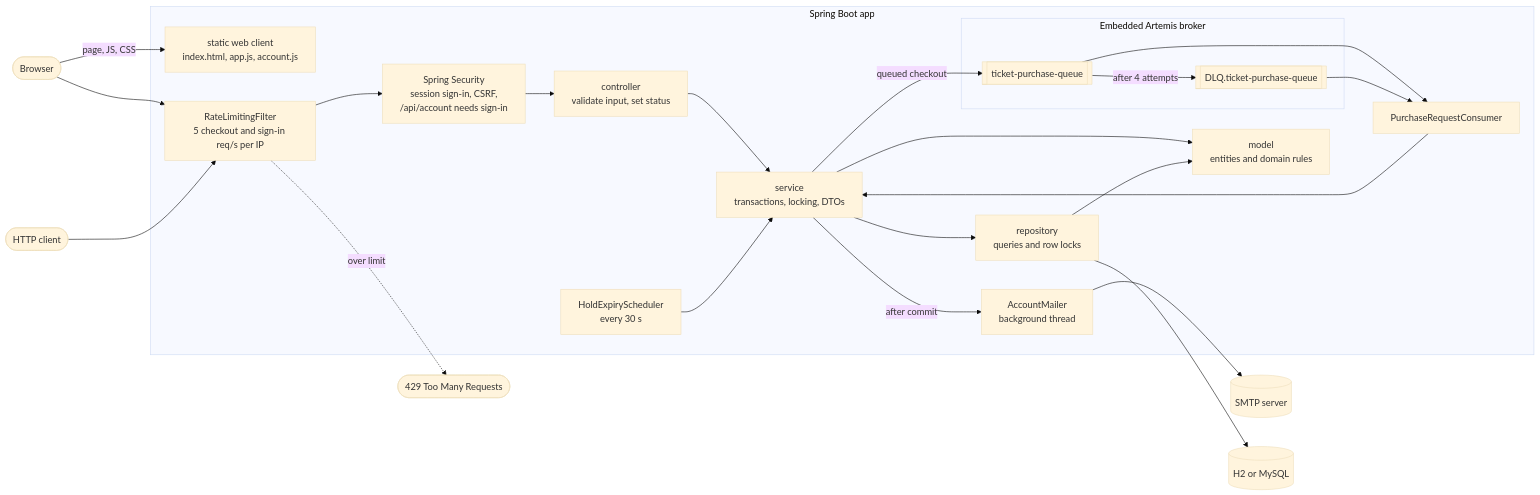
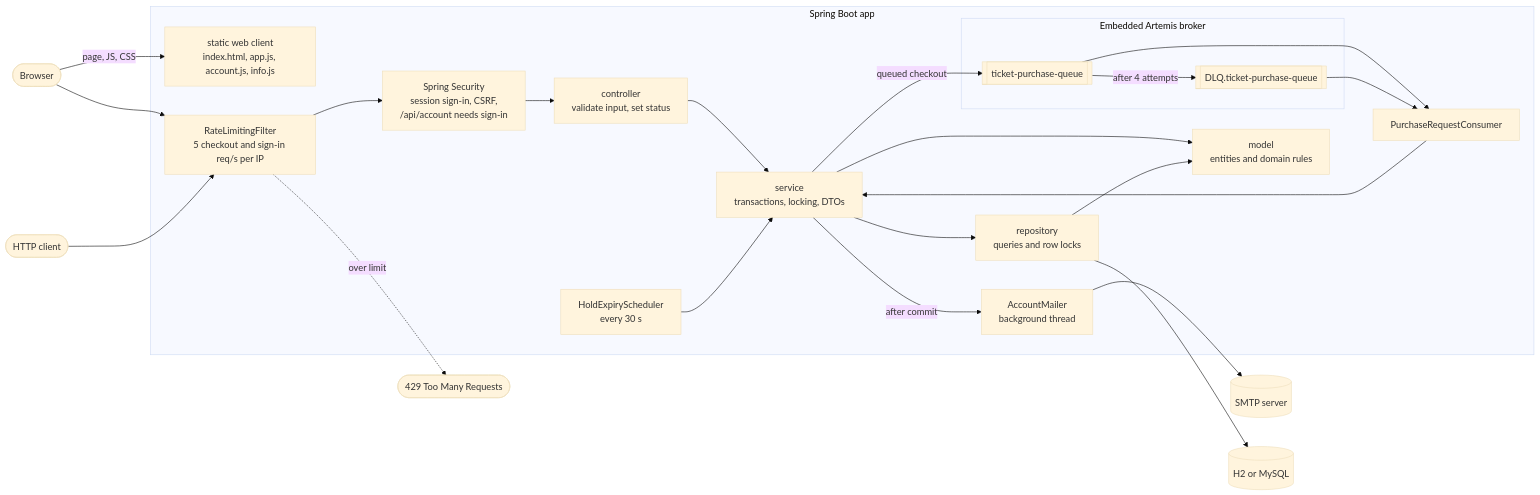
Before and after one commit to mohanarevarapu-commits/SeatLock: the first of 6 diagrams in docs/ARCHITECTURE.md, drawn with Mermaid (base theme). The commit also changed other lines of this file and 19 other files, not shown here.

````diff
--- a/docs/ARCHITECTURE.md
+++ b/docs/ARCHITECTURE.md
@@ -8,29 +8,29 @@
 ```mermaid
 flowchart LR
     browser([Browser]) -- page, JS, CSS --> web
     browser --> limiter
     client([HTTP client]) --> limiter
     subgraph app [Spring Boot app]
-        web[static web client<br/>index.html, app.js, account.js]
+        web[static web client<br/>index.html, app.js, account.js, info.js]
         limiter[RateLimitingFilter<br/>5 checkout and sign-in req/s per IP] --> security
         security[Spring Security<br/>session sign-in, CSRF,<br/>/api/account needs sign-in] --> controller
         controller[controller<br/>validate input, set status] --> service[service<br/>transactions, locking, DTOs]
         service --> repository[repository<br/>queries and row locks]
         service --> model[model<br/>entities and domain rules]
         repository --> model
         scheduler[HoldExpiryScheduler<br/>every 30 s] --> service
         subgraph broker [Embedded Artemis broker]
             queue[[ticket-purchase-queue]]
             dlq[[DLQ.ticket-purchase-queue]]
         end
         service -- queued checkout --> queue
         queue --> consumer[PurchaseRequestConsumer]
         queue -- after 4 attempts --> dlq
         dlq --> consumer
         consumer --> service
         service -- after commit --> mailer[AccountMailer<br/>background thread]
     end
     limiter -. over limit .-> r429([429 Too Many Requests])
     mailer --> smtp[(SMTP server)]
     repository --> db[(H2 or MySQL)]
 ```
````
